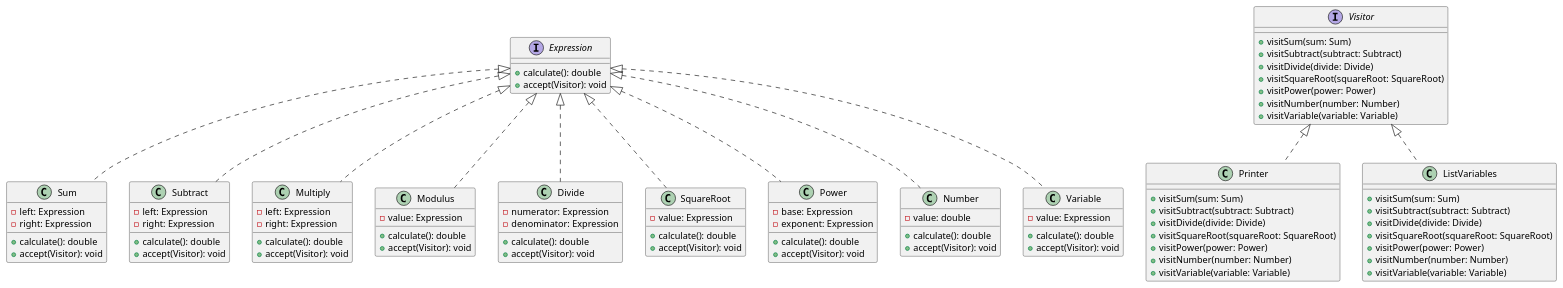
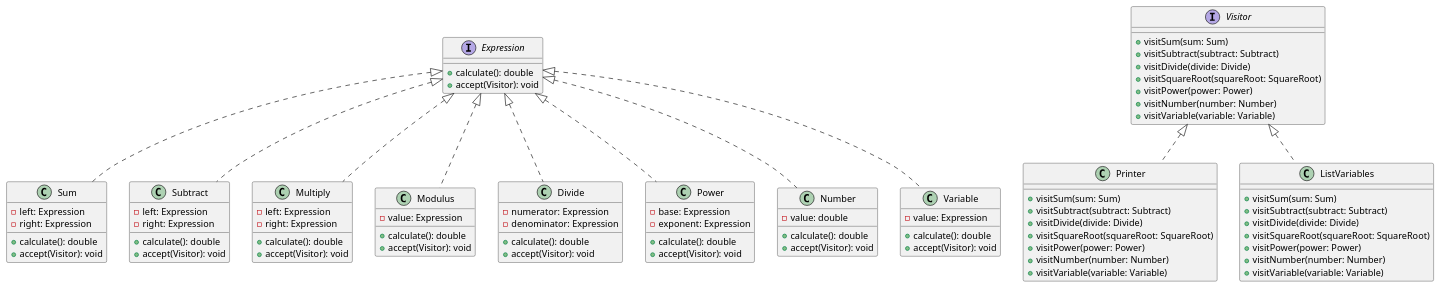
The diagram in diagram.puml (austral-ingsis-classroom/formula-ManuLosta), drawn with PlantUML before and after one commit. The commit also changed 3 other files, not shown here.

```diff
--- a/diagram.puml
+++ b/diagram.puml
@@ -1,97 +1,91 @@
 @startuml
 
 interface Expression {
     + calculate(): double
     + accept(Visitor): void
 }
 
 class Sum implements Expression {
     - left: Expression
     - right: Expression
     + calculate(): double
     + accept(Visitor): void
 }
 
 class Subtract implements Expression {
     - left: Expression
     - right: Expression
     + calculate(): double
     + accept(Visitor): void
 }
 
 class Multiply implements Expression {
     - left: Expression
     - right: Expression
     + calculate(): double
     + accept(Visitor): void
 }
 
 class Modulus implements Expression {
     - value: Expression
     + calculate(): double
     + accept(Visitor): void
 }
 
 class Divide implements Expression {
     - numerator: Expression
     - denominator: Expression
-    + calculate(): double
-    + accept(Visitor): void
-}
-
-class SquareRoot implements Expression {
-    - value: Expression
     + calculate(): double
     + accept(Visitor): void
 }
 
 class Power implements Expression {
     - base: Expression
     - exponent: Expression
     + calculate(): double
     + accept(Visitor): void
 }
 
 class Number implements Expression {
     - value: double
     + calculate(): double
     + accept(Visitor): void
    }
 
 class Variable implements Expression {
     - value: Expression
     + calculate(): double
     + accept(Visitor): void
 }
 
 interface Visitor {
     + visitSum(sum: Sum)
     + visitSubtract(subtract: Subtract)
     + visitDivide(divide: Divide)
     + visitSquareRoot(squareRoot: SquareRoot)
     + visitPower(power: Power)
     + visitNumber(number: Number)
     + visitVariable(variable: Variable)
 }
 
 class Printer implements Visitor {
     + visitSum(sum: Sum)
     + visitSubtract(subtract: Subtract)
     + visitDivide(divide: Divide)
     + visitSquareRoot(squareRoot: SquareRoot)
     + visitPower(power: Power)
     + visitNumber(number: Number)
     + visitVariable(variable: Variable)
 }
 
 class ListVariables implements Visitor {
     + visitSum(sum: Sum)
     + visitSubtract(subtract: Subtract)
     + visitDivide(divide: Divide)
     + visitSquareRoot(squareRoot: SquareRoot)
     + visitPower(power: Power)
     + visitNumber(number: Number)
     + visitVariable(variable: Variable)
 }
 
 @enduml
```
